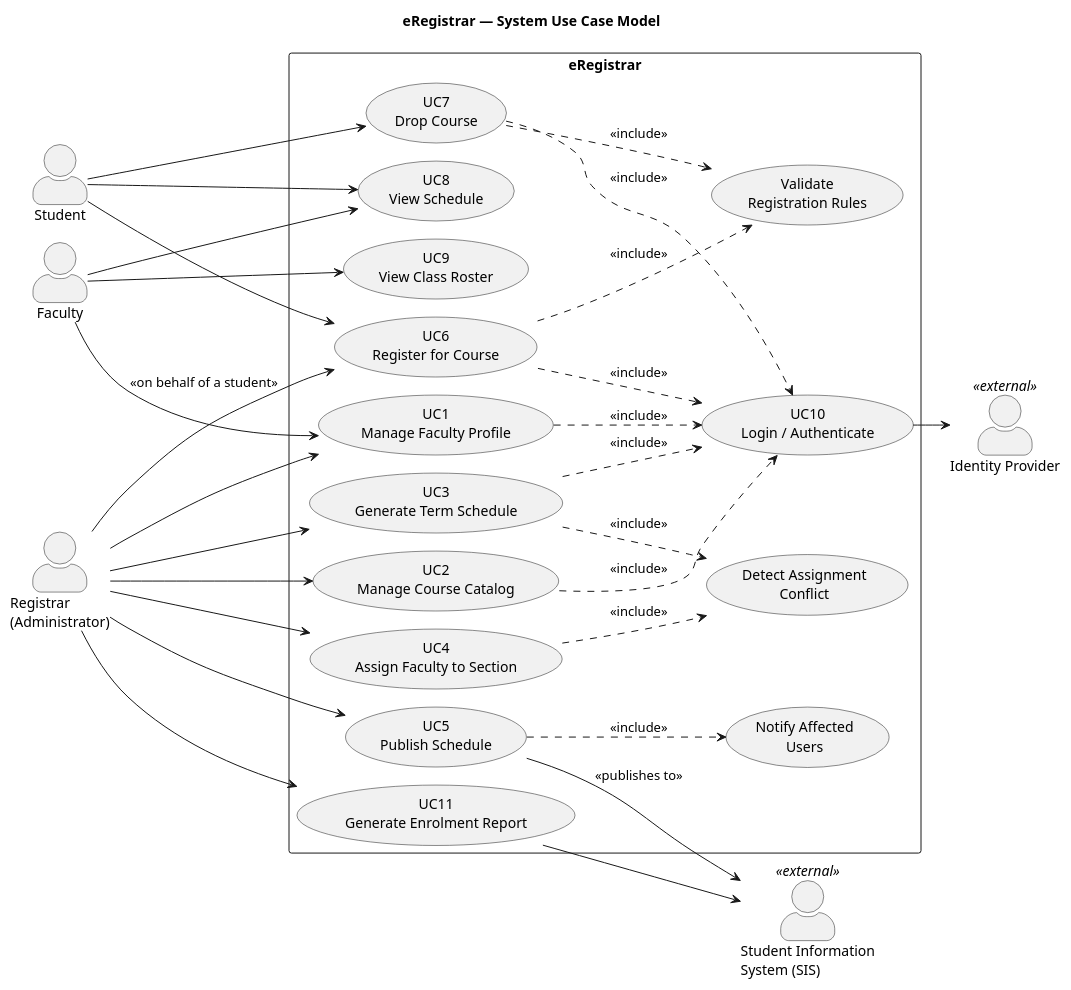
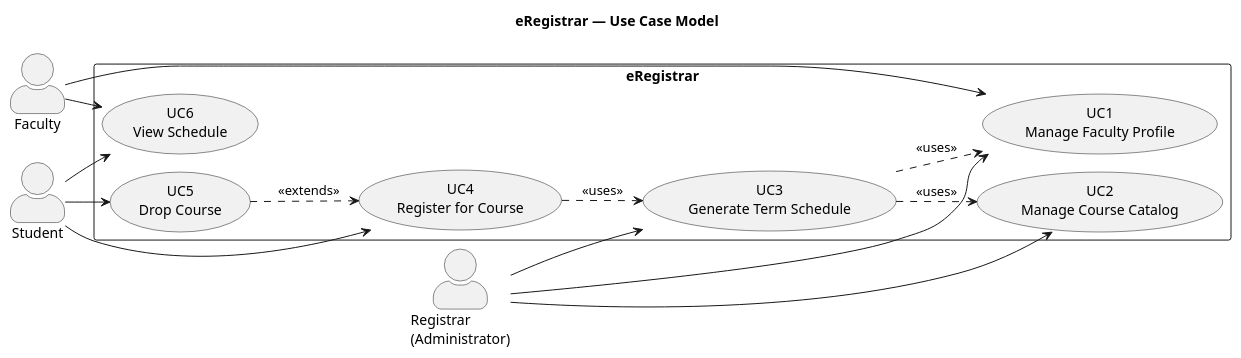
One commit to ElfatihZiad/eregistrar changed the diagram in Lab2_SRS/diagrams/usecase_eregistrar.puml. Above: the diagram before and after it, drawn with PlantUML. The commit also changed 39 other files, not shown here.

```diff
--- a/Lab2_SRS/diagrams/usecase_eregistrar.puml
+++ b/Lab2_SRS/diagrams/usecase_eregistrar.puml
@@ -1,66 +1,38 @@
 @startuml usecase_eregistrar
 !pragma layout smetana
 left to right direction
 skinparam packageStyle rectangle
 skinparam actorStyle awesome
 skinparam shadowing false
-title eRegistrar — System Use Case Model
+title eRegistrar — Use Case Model
 
 actor "Student" as Student
 actor "Faculty" as Faculty
 actor "Registrar\n(Administrator)" as Admin
-actor "Identity Provider" as IdP <<external>>
-actor "Student Information\nSystem (SIS)" as SIS <<external>>
 
 rectangle "eRegistrar" {
-
   usecase "UC1\nManage Faculty Profile" as UC1
   usecase "UC2\nManage Course Catalog" as UC2
   usecase "UC3\nGenerate Term Schedule" as UC3
-  usecase "UC4\nAssign Faculty to Section" as UC4
-  usecase "UC5\nPublish Schedule" as UC5
-  usecase "UC6\nRegister for Course" as UC6
-  usecase "UC7\nDrop Course" as UC7
-  usecase "UC8\nView Schedule" as UC8
-  usecase "UC9\nView Class Roster" as UC9
-  usecase "UC10\nLogin / Authenticate" as UC10
-  usecase "UC11\nGenerate Enrolment Report" as UC11
-
-  usecase "Validate\nRegistration Rules" as UCV
-  usecase "Detect Assignment\nConflict" as UCC
-  usecase "Notify Affected\nUsers" as UCN
+  usecase "UC4\nRegister for Course" as UC4
+  usecase "UC5\nDrop Course" as UC5
+  usecase "UC6\nView Schedule" as UC6
 }
 
 Faculty --> UC1
-Faculty --> UC8
-Faculty --> UC9
+Faculty --> UC6
 
 Admin --> UC1
 Admin --> UC2
 Admin --> UC3
-Admin --> UC4
-Admin --> UC5
-Admin --> UC11
-Admin --> UC6 : <<on behalf of a student>>
 
+Student --> UC4
+Student --> UC5
 Student --> UC6
-Student --> UC7
-Student --> UC8
 
-UC1 ..> UC10 : <<include>>
-UC2 ..> UC10 : <<include>>
-UC3 ..> UC10 : <<include>>
-UC6 ..> UC10 : <<include>>
-UC7 ..> UC10 : <<include>>
-
-UC6 ..> UCV : <<include>>
-UC7 ..> UCV : <<include>>
-UC3 ..> UCC : <<include>>
-UC4 ..> UCC : <<include>>
-UC5 ..> UCN : <<include>>
-
-UC10 --> IdP
-UC5 --> SIS : <<publishes to>>
-UC11 --> SIS
+UC3 ..> UC1 : <<uses>>
+UC3 ..> UC2 : <<uses>>
+UC4 ..> UC3 : <<uses>>
+UC5 ..> UC4 : <<extends>>
 
 @enduml
```
